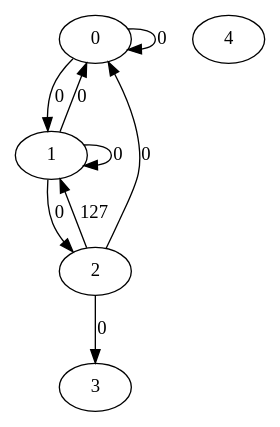
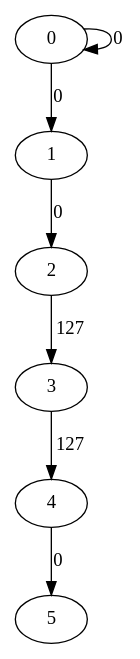
The diagram in example/epsilon/eps.dot (taiseiKMC/SyMon), drawn with Graphviz before and after one commit. The commit also changed 2 other files, not shown here.

Commit message:
Update epsilon graph definitions and add eps2.dot file

```diff
--- a/example/epsilon/eps.dot
+++ b/example/epsilon/eps.dot
@@ -1,20 +1,21 @@
 digraph G {
-        graph [
-               clock_variable_size = 0
-               string_variable_size = 0
-               number_variable_size = 0
-        ];
-        0 [init=1][match=0];
-        1 [init=0][match=0];
-        2 [init=0][match=0];
-        3 [init=0][match=1];
-        4 [init=0][match=0];
-        0->0 [label="0"][s_constraints="{x0 != 'a'}"];
-        0->1 [label="0"][s_constraints="{x0 == 'a'}"];
-        1->1 [label="0"][s_constraints="{x0 == 'a'}"];
-        1->2 [label="0"][s_constraints="{x0 == 'b'}"];
-        1->0 [label="0"][s_constraints="{x0 != 'a', x0 != 'b'}"];
-        2->1 [label="127"];
-        2->0 [label="0"][s_constraints="{x0 != 'c'}"];
-        2->3 [label="0"][s_constraints="{x0 == 'c'}"];
+    graph [
+    clock_variable_size = 1
+    string_variable_size = 1
+    number_variable_size = 0
+    parameter_size = 0
+    ]
+    0 [init=1][match=0]
+    1 [init=0][match=0]
+    2 [init=0][match=0]
+    3 [init=0][match=0]
+    4 [init=0][match=0]
+    5 [init=0][match=1]
+    0 -> 0 [label=0]
+    0 -> 1 [label=0]
+    1 -> 2 [label=0][s_constraints="{x1 == 'a'}"][reset="{0}"]
+    2 -> 3 [label=127][s_constraints="{x0 == 'z'}"][guard="{x0 == 1}"]
+    3 -> 4 [label=127][s_constraints="{x0 == 'z'}"][guard="{x0 == 2}"]
+    4 -> 5 [label=0][s_constraints="{x1 == 'b'}"][guard="{x0 > 4}"]
+
 }
```
